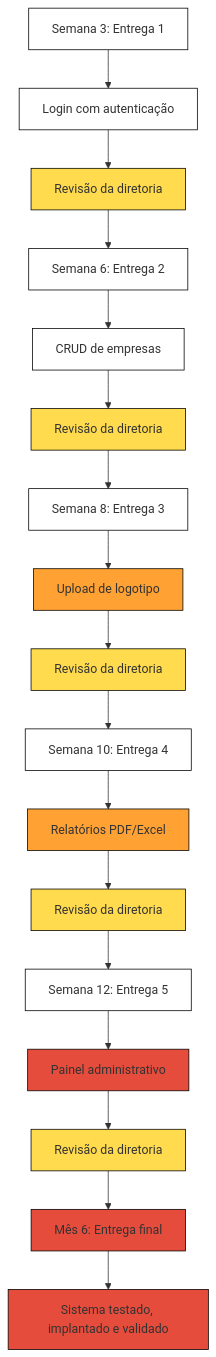
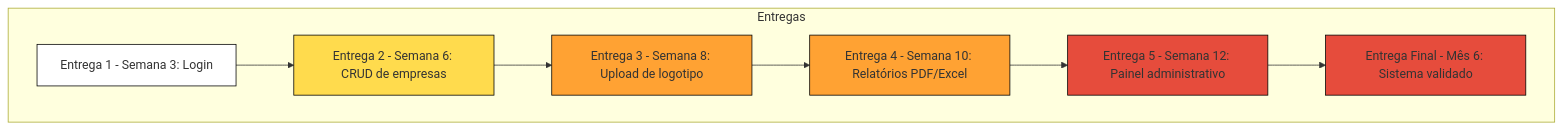
Before and after one commit to LucasBParada/modelos-gantt-crystal: the diagram in README2.md, drawn with Mermaid.

````diff
--- a/README2.md
+++ b/README2.md
@@ -1,41 +1,18 @@
 ```mermaid
 graph TD
-  %% Entregas parciais Crystal Clear
+  subgraph Entregas
+    E1["Entrega 1 - Semana 3: Login"]:::branco
+    E2["Entrega 2 - Semana 6: CRUD de empresas"]:::amarelo
+    E3["Entrega 3 - Semana 8: Upload de logotipo"]:::laranja
+    E4["Entrega 4 - Semana 10: Relatórios PDF/Excel"]:::laranja
+    E5["Entrega 5 - Semana 12: Painel administrativo"]:::vermelho
+    EF["Entrega Final - Mês 6: Sistema validado"]:::vermelho
+  end
 
-  %% Entrega 1
-  E1["Semana 3: Entrega 1"]:::branco --> F1["Login com autenticação"]:::branco
-  F1 --> R1["Revisão da diretoria"]:::amarelo
+  E1 --> E2 --> E3 --> E4 --> E5 --> EF
 
-  %% Entrega 2
-  E2["Semana 6: Entrega 2"]:::branco --> F2["CRUD de empresas"]:::branco
-  F2 --> R2["Revisão da diretoria"]:::amarelo
-
-  %% Entrega 3
-  E3["Semana 8: Entrega 3"]:::branco --> F3["Upload de logotipo"]:::laranja
-  F3 --> R3["Revisão da diretoria"]:::amarelo
-
-  %% Entrega 4
-  E4["Semana 10: Entrega 4"]:::branco --> F4["Relatórios PDF/Excel"]:::laranja
-  F4 --> R4["Revisão da diretoria"]:::amarelo
-
-  %% Entrega 5
-  E5["Semana 12: Entrega 5"]:::branco --> F5["Painel administrativo"]:::vermelho
-  F5 --> R5["Revisão da diretoria"]:::amarelo
-
-  %% Entrega final
-  EF["Mês 6: Entrega final"]:::vermelho --> FF["Sistema testado, implantado e validado"]:::vermelho
-
-  %% Sequência linear de entregas
-  R1 --> E2
-  R2 --> E3
-  R3 --> E4
-  R4 --> E5
-  R5 --> EF
-
-  %% Definição de cores
   classDef branco fill:#fff, stroke:#000, stroke-width:1px;
   classDef amarelo fill:#FFDB4D, stroke:#000, stroke-width:1px;
   classDef laranja fill:#FFA233, stroke:#000, stroke-width:1px;
   classDef vermelho fill:#E64C3C, stroke:#000, stroke-width:1px;
-
 ```
````
